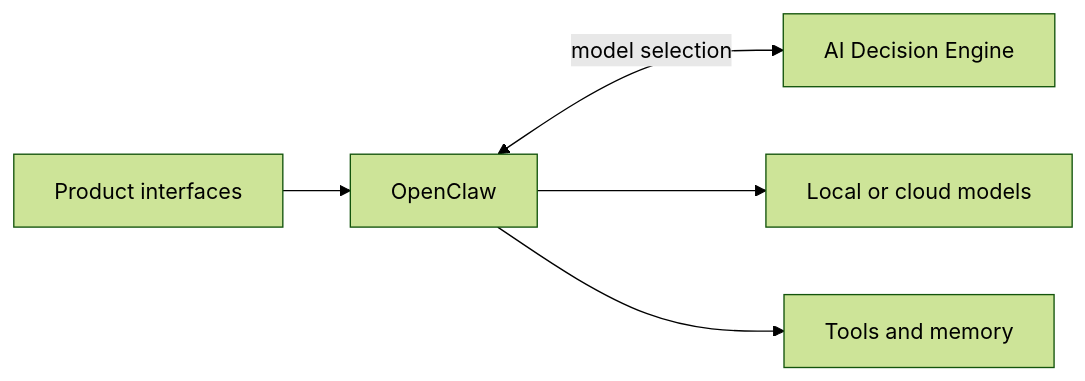
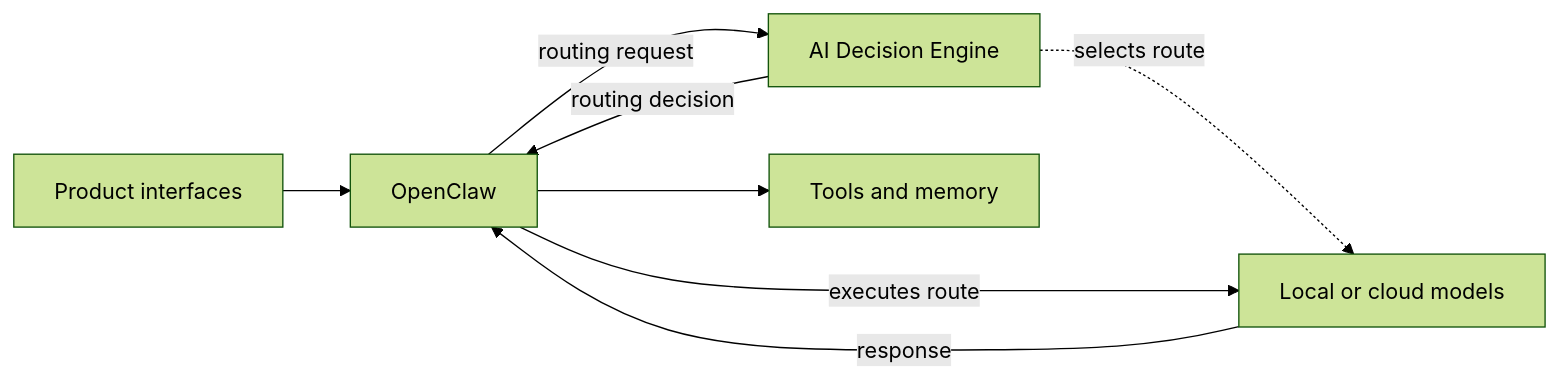
Before and after one commit to binitamukeshshah/ai-lab: the diagram in README.md, drawn with Mermaid (forest theme). The commit also changed other lines of this file and 2 other files, not shown here.

Commit message:
Strengthen AI Lab story and architecture

````diff
--- a/README.md
+++ b/README.md
@@ -15,7 +32,10 @@
 ```mermaid
 flowchart LR
     INTERFACES["Product interfaces"] --> OPENCLAW["OpenClaw"]
-    OPENCLAW <-->|"model selection"| ROUTER["AI Decision Engine"]
-    OPENCLAW --> MODELS["Local or cloud models"]
+    OPENCLAW -->|"routing request"| ROUTER["AI Decision Engine"]
+    ROUTER -.->|"selects route"| MODELS["Local or cloud models"]
+    ROUTER -->|"routing decision"| OPENCLAW
+    OPENCLAW -->|"executes route"| MODELS
+    MODELS -->|"response"| OPENCLAW
     OPENCLAW --> CAPABILITIES["Tools and memory"]
 ```
````
